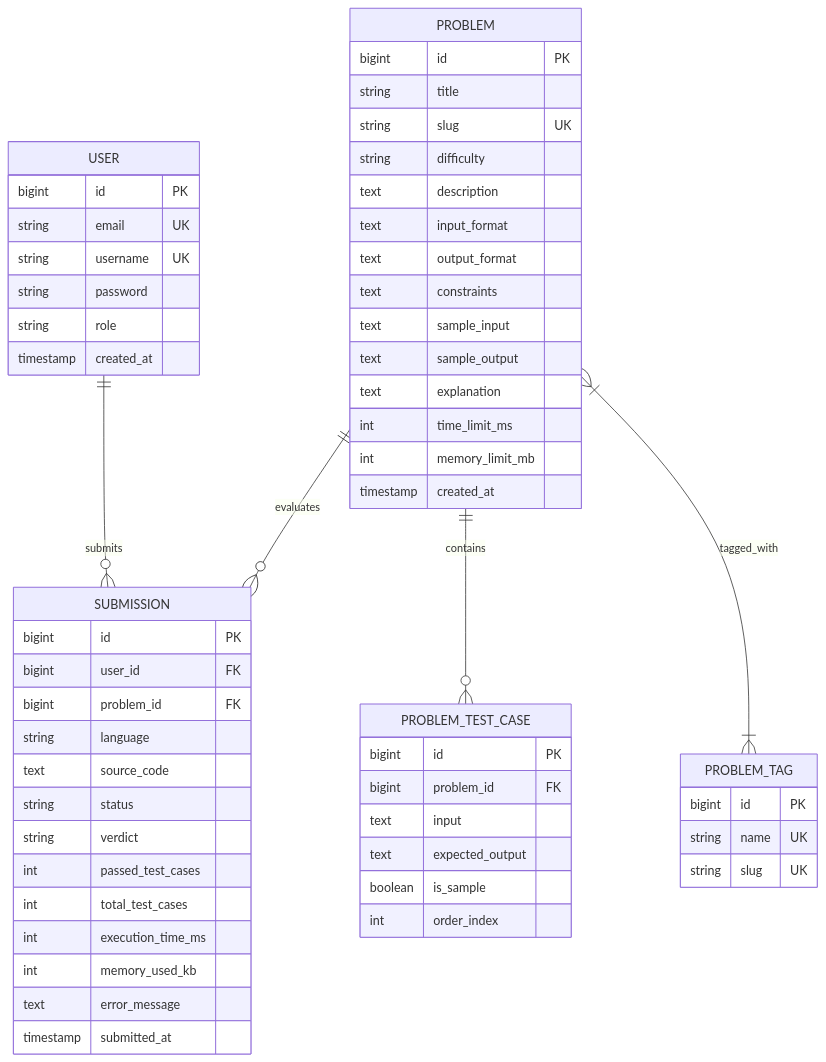
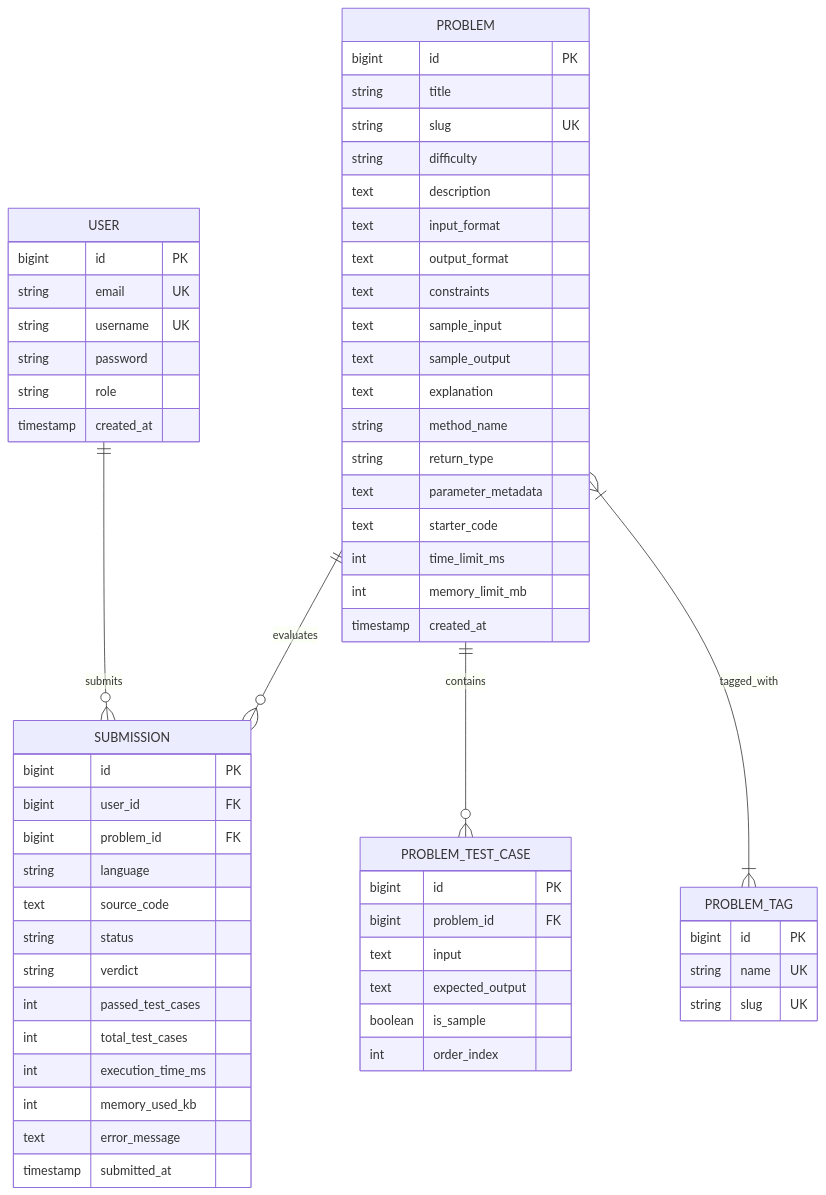
Before and after one commit to sars-23/Project-Apricorn_1: the diagram in backend/docs/data-model.md, drawn with Mermaid. The commit also changed 11 other files, not shown here.

````diff
--- a/backend/docs/data-model.md
+++ b/backend/docs/data-model.md
@@ -9,64 +9,68 @@
 ```mermaid
 erDiagram
     USER ||--o{ SUBMISSION : submits
     PROBLEM ||--o{ SUBMISSION : evaluates
     PROBLEM ||--o{ PROBLEM_TEST_CASE : contains
     PROBLEM }|--|{ PROBLEM_TAG : tagged_with
 
     USER {
         bigint id PK
         string email UK
         string username UK
         string password
         string role
         timestamp created_at
     }
 
     PROBLEM {
         bigint id PK
         string title
         string slug UK
         string difficulty
         text description
         text input_format
         text output_format
         text constraints
         text sample_input
         text sample_output
         text explanation
+        string method_name
+        string return_type
+        text parameter_metadata
+        text starter_code
         int time_limit_ms
         int memory_limit_mb
         timestamp created_at
     }
 
     PROBLEM_TEST_CASE {
         bigint id PK
         bigint problem_id FK
         text input
         text expected_output
         boolean is_sample
         int order_index
     }
 
     PROBLEM_TAG {
         bigint id PK
         string name UK
         string slug UK
     }
 
     SUBMISSION {
         bigint id PK
         bigint user_id FK
         bigint problem_id FK
         string language
         text source_code
         string status
         string verdict
         int passed_test_cases
         int total_test_cases
         int execution_time_ms
         int memory_used_kb
         text error_message
         timestamp submitted_at
     }
 ```
````
